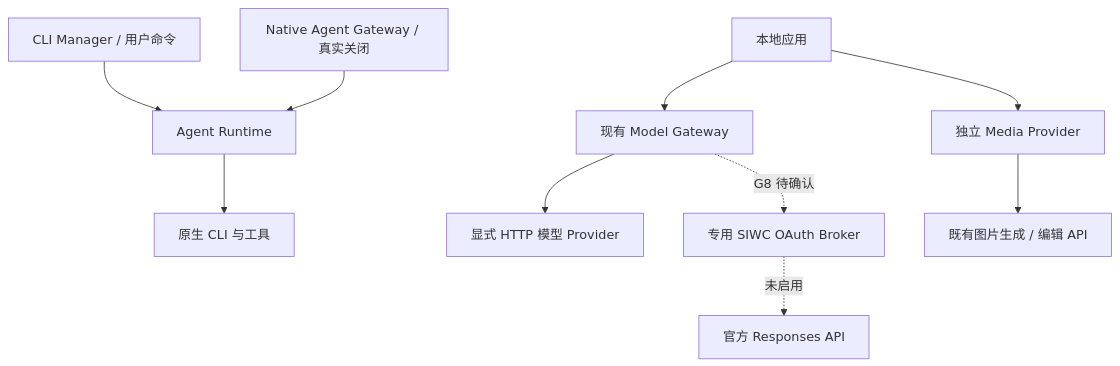
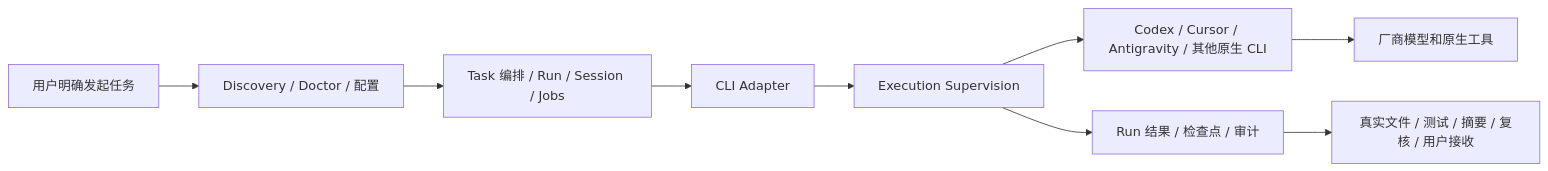
The diagram in docs/ARCHITECTURE.md (Garden12138/xcli), drawn with Mermaid before and after one commit. The commit also changed other lines of this file and 54 other files, not shown here.

Commit message:
refactor(product): realign R4 around native CLI task orchestration

````diff
--- a/docs/ARCHITECTURE.md
+++ b/docs/ARCHITECTURE.md
@@ -13,12 +5,11 @@
 ```mermaid
-flowchart TB
-    CLI[CLI Manager / 用户命令] --> RT[Agent Runtime]
-    NAG[Native Agent Gateway / 真实关闭] --> RT
-    RT --> Native[原生 CLI 与工具]
-    Apps[本地应用] --> MG[现有 Model Gateway]
-    MG --> HTTP[显式 HTTP 模型 Provider]
-    MG -.G8 待确认.-> SIWC[专用 SIWC OAuth Broker]
-    SIWC -.未启用.-> Responses[官方 Responses API]
-    Apps --> Media[独立 Media Provider]
-    Media --> ImageAPI[既有图片生成 / 编辑 API]
+flowchart LR
+    U[用户明确发起任务] --> D[Discovery / Doctor / 配置]
+    D --> O[Task 编排 / Run / Session / Jobs]
+    O --> A[CLI Adapter]
+    A --> S[Execution Supervision]
+    S --> N[Codex / Cursor / Antigravity / 其他原生 CLI]
+    N --> V[厂商模型和原生工具]
+    S --> R[Run 结果 / 检查点 / 审计]
+    R --> F[真实文件 / 测试 / 摘要 / 复核 / 用户接收]
 ```
````
